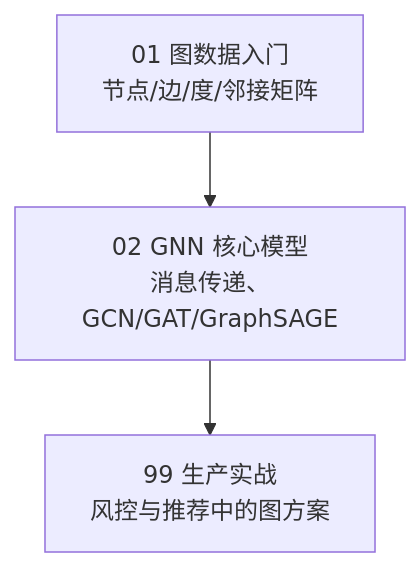
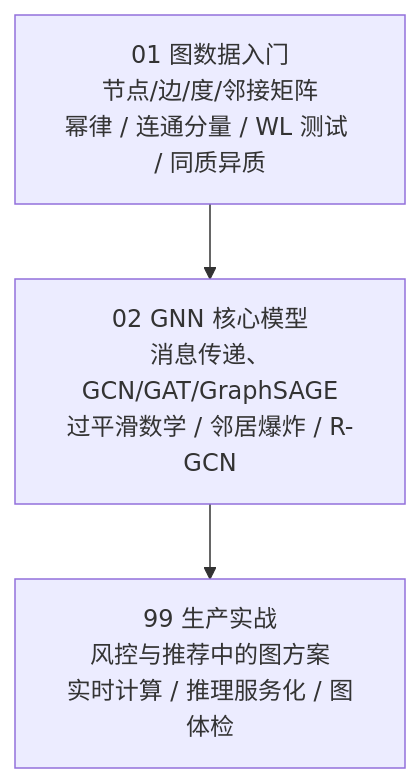
The diagram in docs/4-专业方向/09-图神经网络/README.md (lizhengzhong20-sketch/model_learning), drawn with Mermaid before and after one commit. The commit also changed other lines of this file and 67 other files, not shown here.

````diff
--- a/docs/4-专业方向/09-图神经网络/README.md
+++ b/docs/4-专业方向/09-图神经网络/README.md
@@ -9,5 +9,5 @@
 ```mermaid
 graph TD
-    A["01 图数据入门<br/>节点/边/度/邻接矩阵"] --> B["02 GNN 核心模型<br/>消息传递、GCN/GAT/GraphSAGE"]
-    B --> C["99 生产实战<br/>风控与推荐中的图方案"]
+    A["01 图数据入门<br/>节点/边/度/邻接矩阵<br/>幂律 / 连通分量 / WL 测试 / 同质异质"] --> B["02 GNN 核心模型<br/>消息传递、GCN/GAT/GraphSAGE<br/>过平滑数学 / 邻居爆炸 / R-GCN"]
+    B --> C["99 生产实战<br/>风控与推荐中的图方案<br/>实时计算 / 推理服务化 / 图体检"]
 ```
````
